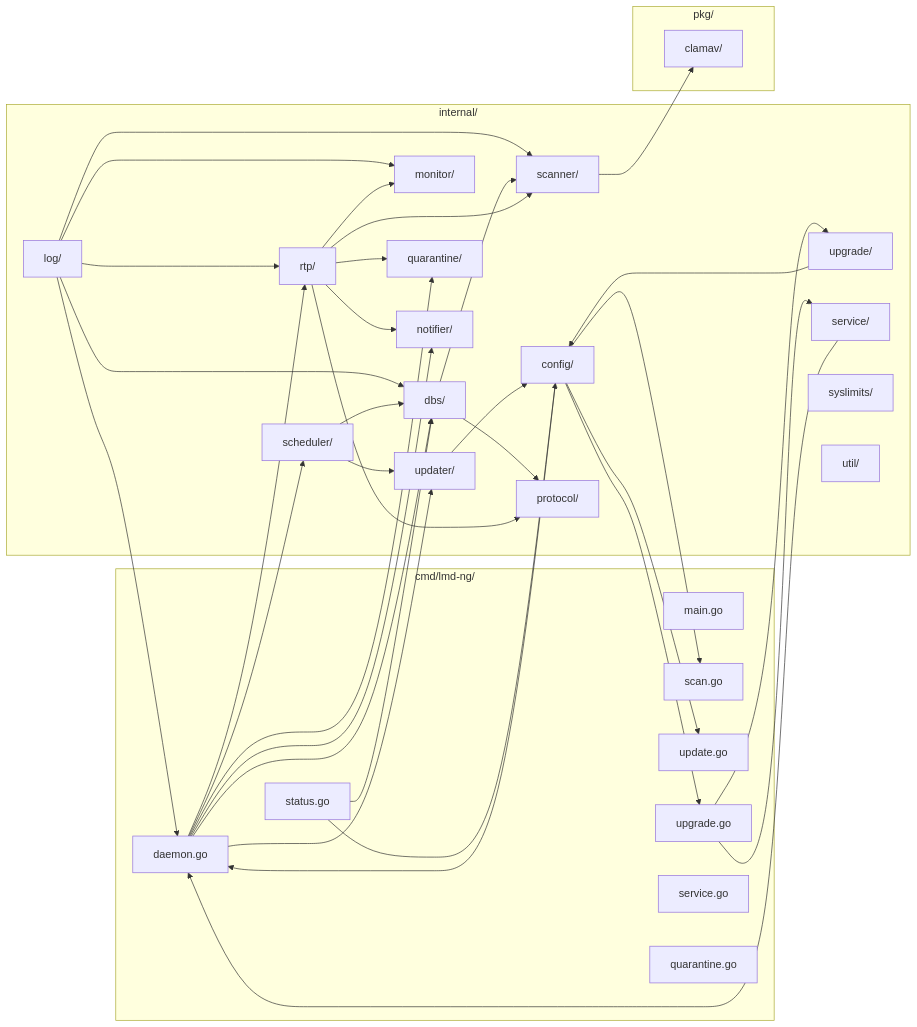
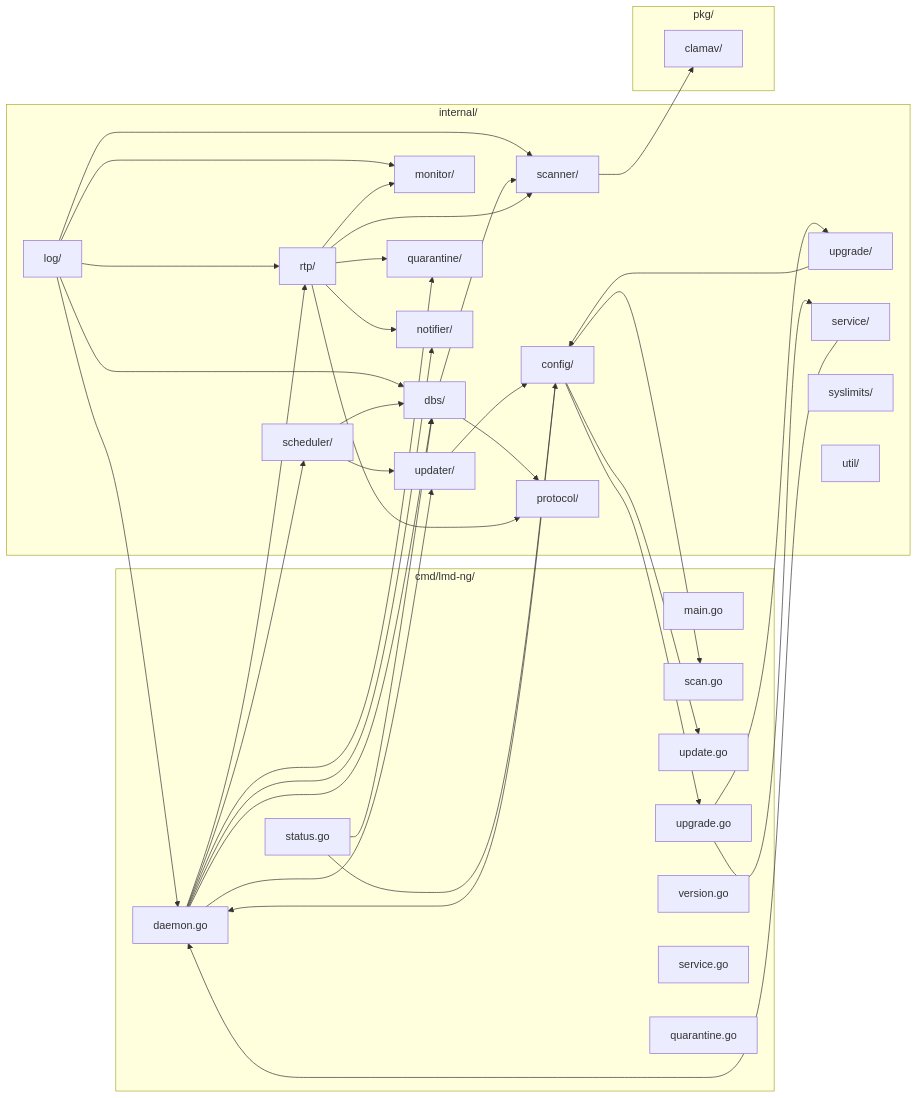
The first of 4 diagrams in docs/ARCHITECTURE.md (dimaskiddo/lmd-ng), drawn with Mermaid before and after one commit. The commit also changed other lines of this file and 3 other files, not shown here.

First line of the commit message:
docs: sync README, ARCHITECTURE, WORKFLOWS, AGENTS with current code

````diff
--- a/docs/ARCHITECTURE.md
+++ b/docs/ARCHITECTURE.md
@@ -9,71 +9,72 @@
 ```mermaid
 graph LR
     subgraph cmd["cmd/lmd-ng/"]
         Main["main.go"]
         Daemon["daemon.go"]
         Scan["scan.go"]
         Update["update.go"]
         Upgrade["upgrade.go"]
         Status["status.go"]
+        Version["version.go"]
         Service["service.go"]
         Quarantine["quarantine.go"]
     end
 
     subgraph internal["internal/"]
         Config["config/"]
         Log["log/"]
         DBS["dbs/"]
         RTP["rtp/"]
         Scanner["scanner/"]
         Monitor["monitor/"]
         Scheduler["scheduler/"]
         Updater["updater/"]
         UpgradeSvc["upgrade/"]
         QuarantineMgr["quarantine/"]
         Protocol["protocol/"]
         Notifier["notifier/"]
         ServiceMgr["service/"]
         Syslimits["syslimits/"]
         Util["util/"]
     end
 
     subgraph pkg["pkg/"]
         ClamAV["clamav/"]
     end
 
     Config --> Daemon
     Config --> Scan
     Config --> Update
     Log --> Daemon
     Log --> DBS
     Log --> RTP
     Log --> Scanner
     Log --> Monitor
 
     Daemon --> DBS
     Daemon --> RTP
     Daemon --> Updater
     Daemon --> Scheduler
     Daemon --> Notifier
     Daemon --> QuarantineMgr
 
     DBS --> Protocol
     DBS --> Scanner
     RTP --> Protocol
     RTP --> Monitor
     RTP --> QuarantineMgr
     RTP --> Scanner
     RTP --> Notifier
 
     Scanner --> ClamAV
     Updater --> Config
     Scheduler --> Updater
     Scheduler --> DBS
     ServiceMgr --> Daemon
     Upgrade --> UpgradeSvc
     Upgrade --> ServiceMgr
     Config --> Upgrade
     UpgradeSvc --> Config
     Status --> DBS
     Status --> Config
 ```
````
